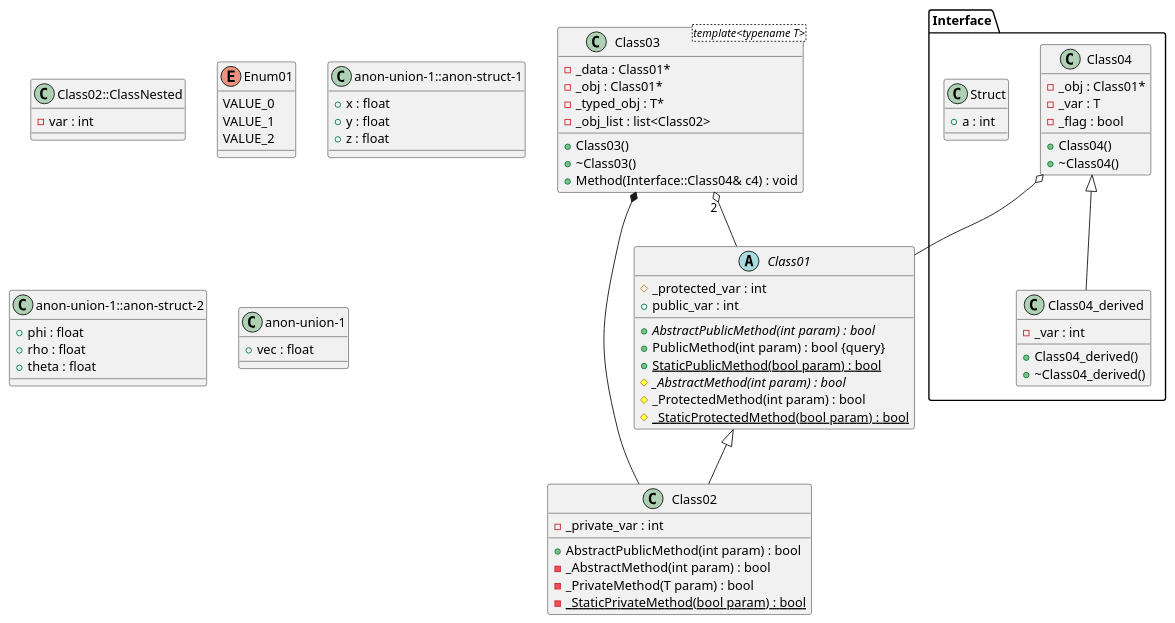
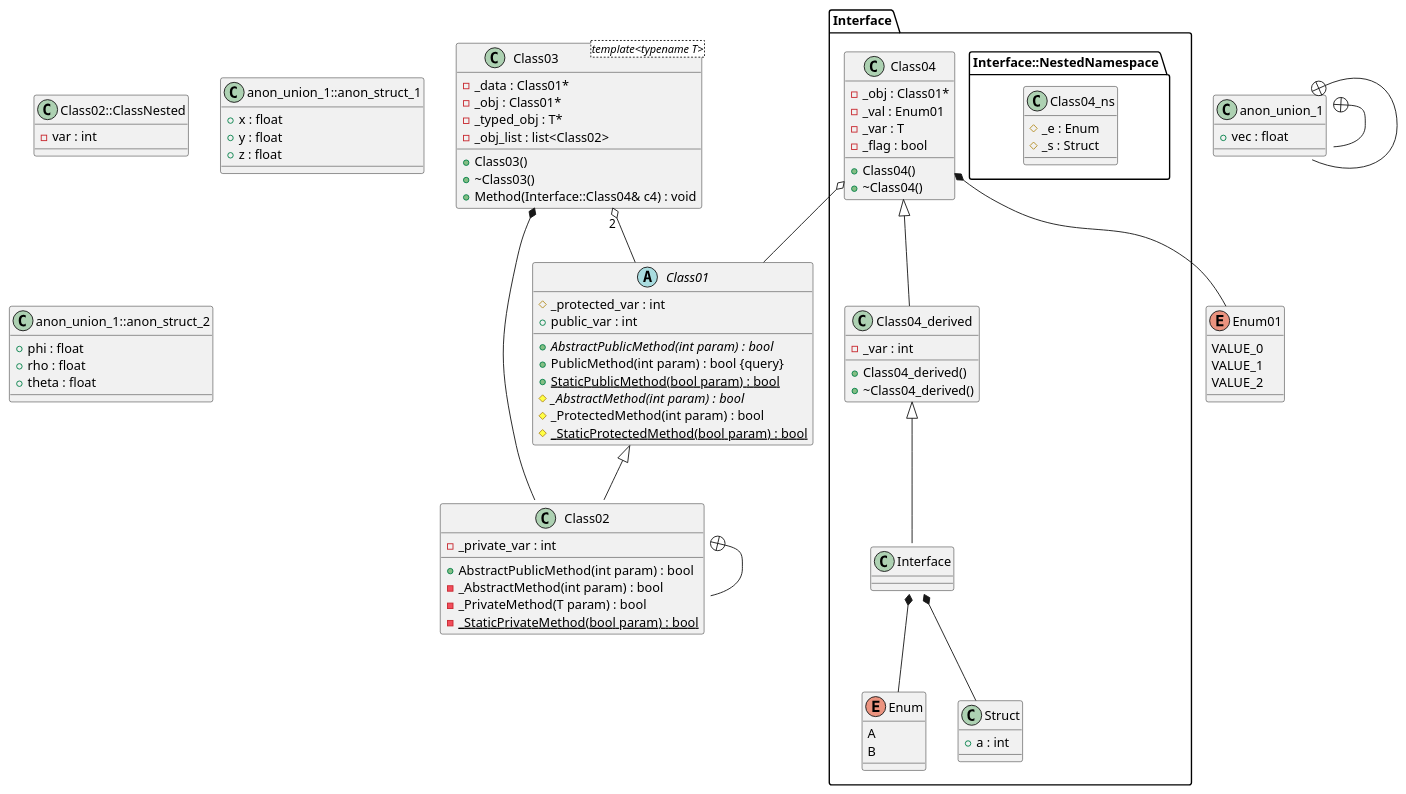
One commit to thibaultmarin/hpp2plantuml changed the third of 4 diagrams in hpp2plantuml.org. Above: the diagram before and after it, drawn with PlantUML. The commit also changed other lines of this file and 10 other files, not shown here.

```diff
--- a/hpp2plantuml.org
+++ b/hpp2plantuml.org
@@ -2563,26 +2764,6 @@
 }
 
 
-namespace Interface {
-	class Class04 {
-		+Class04()
-		+~Class04()
-		-_obj : Class01*
-		-_var : T
-		-_flag : bool
-	}
-}
-
-
-namespace Interface {
-	class Class04_derived {
-		+Class04_derived()
-		+~Class04_derived()
-		-_var : int
-	}
-}
-
-
 enum Enum01 {
 	VALUE_0
 	VALUE_1
@@ -2590,29 +2771,56 @@
 }
 
 
-namespace Interface {
-	class Struct {
-		+a : int
-	}
-}
-
-
-class anon-union-1::anon-struct-1 {
+class anon_union_1::anon_struct_1 {
 	+x : float
 	+y : float
 	+z : float
 }
 
 
-class anon-union-1::anon-struct-2 {
+class anon_union_1::anon_struct_2 {
 	+phi : float
 	+rho : float
 	+theta : float
 }
 
 
-class anon-union-1 {
+class anon_union_1 {
 	+vec : float
+}
+
+
+namespace Interface {
+	class Class04 {
+		+Class04()
+		+~Class04()
+		-_obj : Class01*
+		-_val : Enum01
+		-_var : T
+		-_flag : bool
+	}
+
+	class Class04_derived {
+		+Class04_derived()
+		+~Class04_derived()
+		-_var : int
+	}
+
+	enum Enum {
+		A
+		B
+	}
+
+	class Struct {
+		+a : int
+	}
+
+	namespace Interface::NestedNamespace {
+		class Class04_ns {
+			#_e : Enum
+			#_s : Struct
+		}
+	}
 }
 
 
@@ -2624,9 +2832,10 @@
 .Class01 <|-- .Class02
 
 
-namespace Interface {
-	Class04 <|-- Class04_derived
-}
+Interface.Class04 <|-- Interface.Class04_derived
+
+
+Interface.Class04_derived <|-- Interface.Interface::NestedNamespace.Class04_ns
 
 
 
@@ -2643,6 +2852,29 @@
 Interface.Class04 o-- .Class01
 
 
+Interface.Class04 *-- .Enum01
+
+
+Interface.Interface::NestedNamespace.Class04_ns *-- Interface.Enum
+
+
+Interface.Interface::NestedNamespace.Class04_ns *-- Interface.Struct
+
+
+
+
+
+
+/' Nested objects '/
+
+.Class02 +-- .Class02::ClassNested
+
+
+.anon_union_1 +-- .anon_union_1::anon_struct_1
+
+
+.anon_union_1 +-- .anon_union_1::anon_struct_2
+
 
 
 
```
